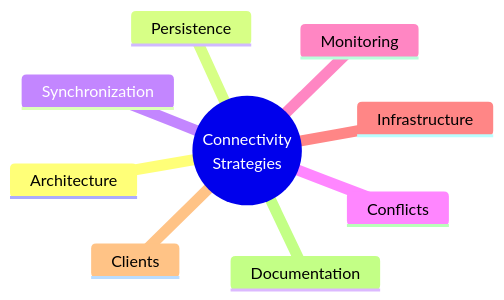
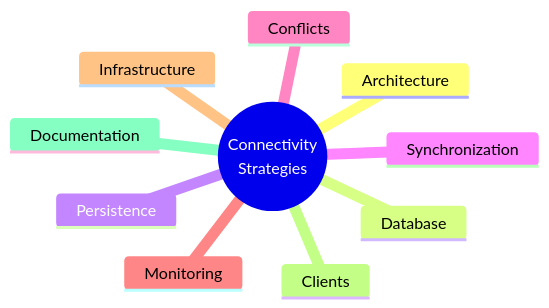
Before and after one commit to migueval/software-engineering: the first of 3 diagrams in Connectivity Strategies in Distributed Systems/README.md, drawn with Mermaid. The commit also changed other lines of this file and 1 other file, not shown here.

Commit message:
docs: add DATABASE.md specification for cattle and beef products POS domain

````diff
--- a/Connectivity Strategies in Distributed Systems/README.md
+++ b/Connectivity Strategies in Distributed Systems/README.md
@@ -29,12 +29,13 @@
 ```mermaid
 mindmap
   root(("Connectivity<br/>Strategies"))
     Architecture
+    Database
     Persistence
     Synchronization
     Conflicts
     Monitoring
     Infrastructure
     Clients
     Documentation
 ```
````
